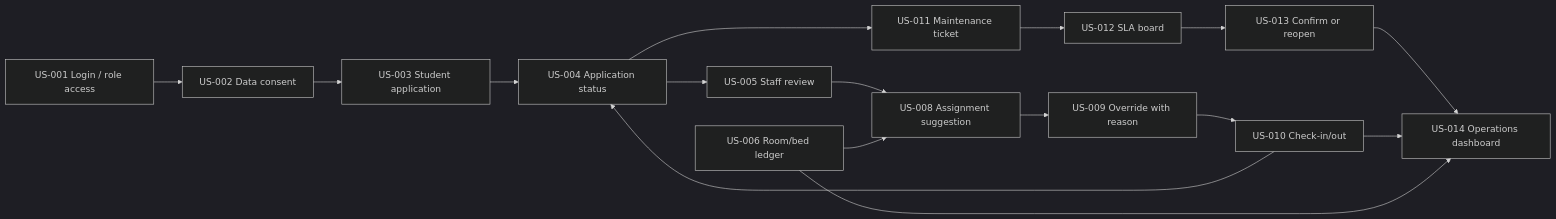
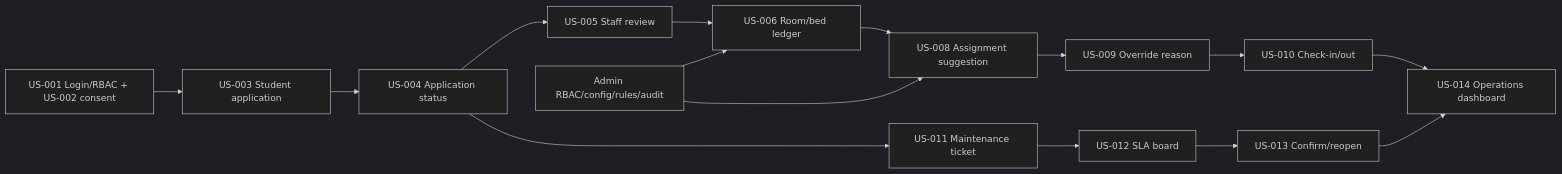
The diagram in docs/handoff-flow-and-assignment.md (hoanghaip2005/Frontend-Web-QLKTX), drawn with Mermaid (dark theme) before and after one commit. The commit also changed other lines of this file and 55 other files, not shown here.

````diff
--- a/docs/handoff-flow-and-assignment.md
+++ b/docs/handoff-flow-and-assignment.md
@@ -74,24 +45,22 @@
 ```mermaid
 flowchart LR
-  Login["US-001 Login / role access"]
-  Consent["US-002 Data consent"]
+  Auth["US-001 Login/RBAC + US-002 consent"]
   Apply["US-003 Student application"]
   Status["US-004 Application status"]
   Review["US-005 Staff review"]
   Ledger["US-006 Room/bed ledger"]
   Suggest["US-008 Assignment suggestion"]
-  Override["US-009 Override with reason"]
+  Override["US-009 Override reason"]
   Checkin["US-010 Check-in/out"]
   Ticket["US-011 Maintenance ticket"]
   SLA["US-012 SLA board"]
-  Confirm["US-013 Confirm or reopen"]
-  Dashboard["US-014 Operations dashboard"]
+  Confirm["US-013 Confirm/reopen"]
+  Ops["US-014 Operations dashboard"]
+  Admin["Admin RBAC/config/rules/audit"]
 
-  Login --> Consent --> Apply --> Status --> Review
-  Review --> Suggest
-  Ledger --> Suggest
-  Suggest --> Override --> Checkin --> Status
-  Status --> Ticket --> SLA --> Confirm --> Dashboard
-  Checkin --> Dashboard
-  Ledger --> Dashboard
+  Auth --> Apply --> Status --> Review
+  Review --> Ledger --> Suggest --> Override --> Checkin --> Ops
+  Status --> Ticket --> SLA --> Confirm --> Ops
+  Admin --> Ledger
+  Admin --> Suggest
 ```
````
